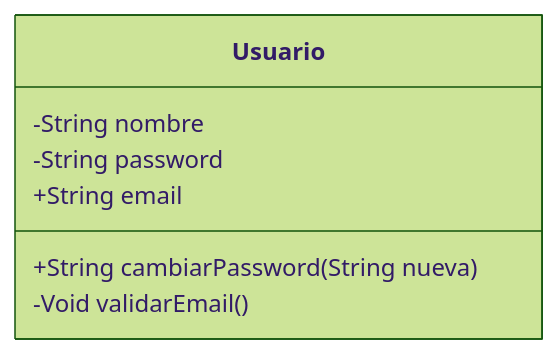
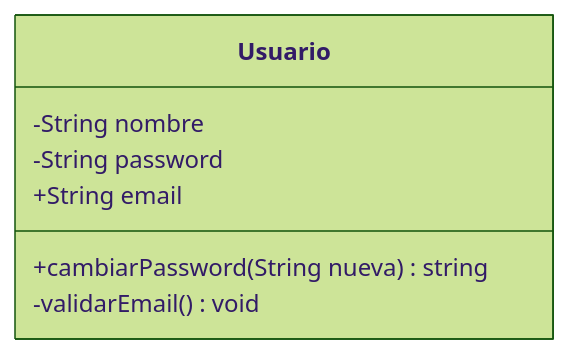
Before and after one commit to DaniRZ10/6.2.Bateria_de_ejercicios: the first of 2 diagrams in README.md, drawn with Mermaid (forest theme). The commit also changed other lines of this file, not shown here.

Commit message:
Fix formatting and update class diagram syntax

````diff
--- a/README.md
+++ b/README.md
@@ -5,10 +5,10 @@
 ```mermaid
 classDiagram
     class Usuario {
         -String nombre
         -String password
         +String email
-        +String cambiarPassword(String nueva)
-        -Void validarEmail()
+        +cambiarPassword(String nueva) string
+        -validarEmail() void
     }
 ```
````
